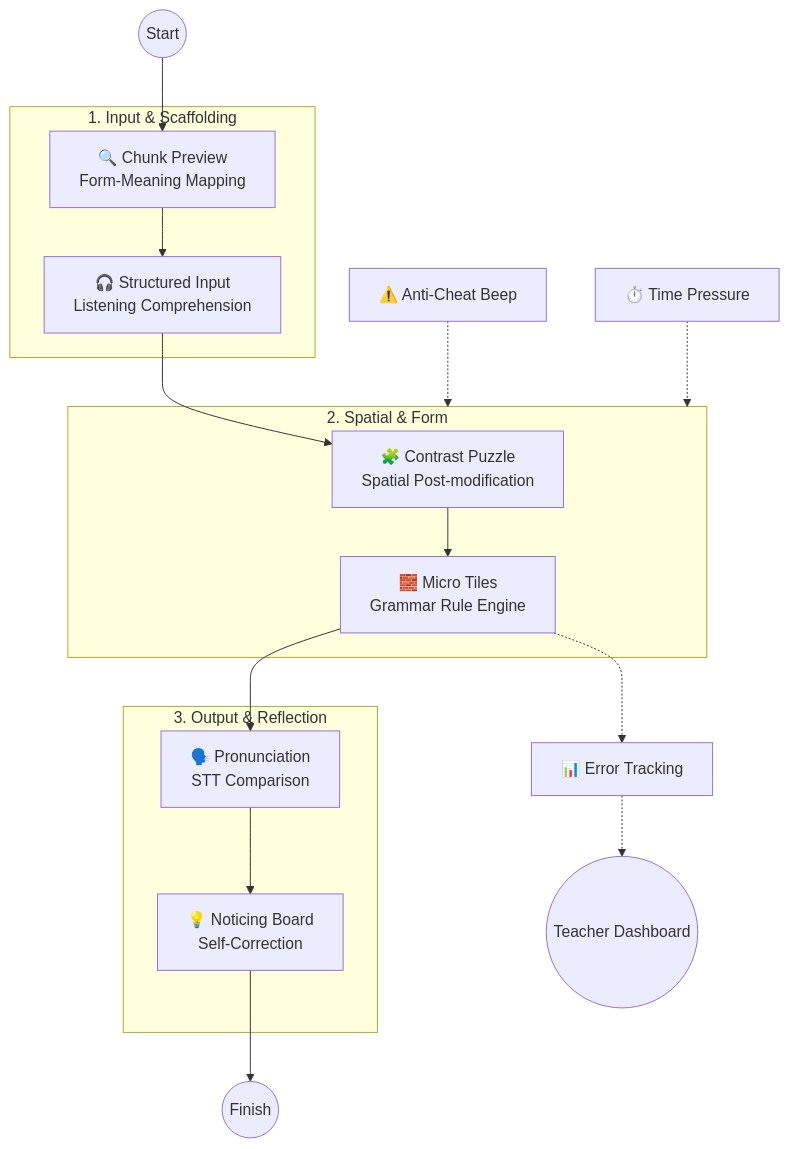
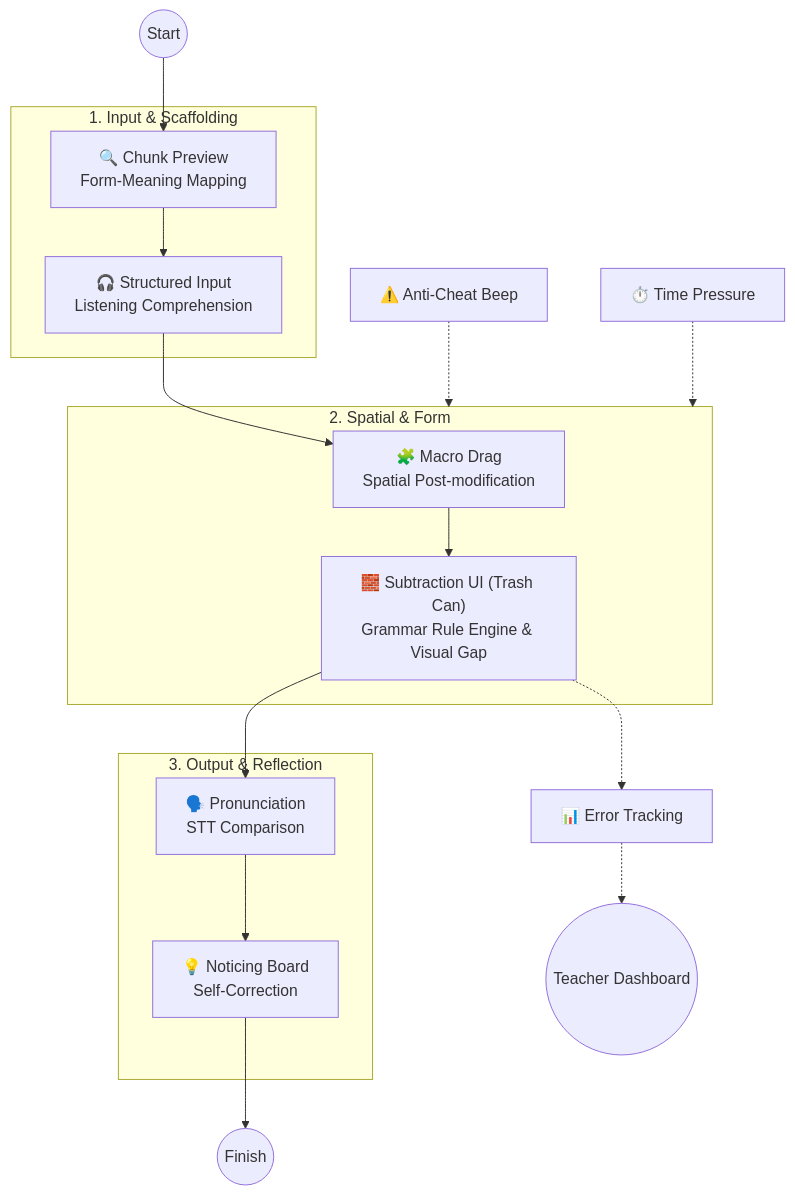
The first of 3 diagrams in README.md (ylin3-learner/anime-character-hunter-lite), drawn with Mermaid before and after one commit. The commit also changed other lines of this file and 1 other file, not shown here.

First line of the commit message:
docs(readme): update documentation for funnel authoring and subtraction UI

````diff
--- a/README.md
+++ b/README.md
@@ -17,34 +17,34 @@
 ```mermaid
 flowchart TD
     Start((Start)) --> Preview
     
     subgraph Presentation ["1. Input & Scaffolding"]
         Preview["🔍 Chunk Preview<br>Form-Meaning Mapping"]
         Input["🎧 Structured Input<br>Listening Comprehension"]
         Preview --> Input
     end
 
     Input --> Macro
     
     subgraph Practice ["2. Spatial & Form"]
-        Macro["🧩 Contrast Puzzle<br>Spatial Post-modification"]
-        Micro["🧱 Micro Tiles<br>Grammar Rule Engine"]
+        Macro["🧩 Macro Drag<br>Spatial Post-modification"]
+        Micro["🧱 Subtraction UI (Trash Can)<br>Grammar Rule Engine & Visual Gap"]
         Macro --> Micro
     end
 
     Micro --> Output
     
     subgraph Production ["3. Output & Reflection"]
         Output["🗣️ Pronunciation<br>STT Comparison"]
         Noticing["💡 Noticing Board<br>Self-Correction"]
         Output --> Noticing
     end
 
     Noticing --> End((Finish))
 
     %% Behaviorism Feedback
     Focus["⚠️ Anti-Cheat Beep"] -.-> Practice
     Timer["⏱️ Time Pressure"] -.-> Practice
     Data["📊 Error Tracking"] -.-> Teacher((Teacher Dashboard))
     Micro -.-> Data
 ```
````
